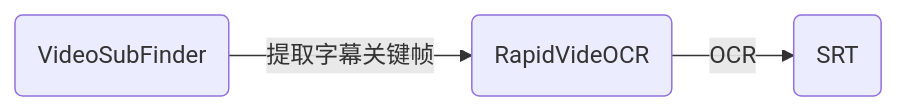
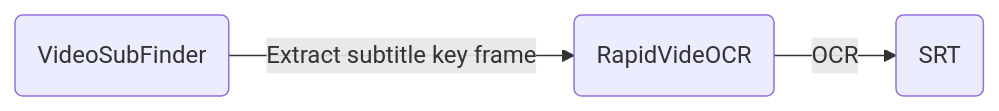
The diagram in README.md (SWHL/RapidVideOCR), drawn with Mermaid before and after one commit. The commit also changed other lines of this file and 2 other files, not shown here.

````diff
--- a/README.md
+++ b/README.md
@@ -48,4 +45,4 @@
 ```mermaid
 flowchart LR
-    A(VideoSubFinder) --提取字幕关键帧--> B(RapidVideOCR)  --OCR--> C(SRT)
+     A(VideoSubFinder) --Extract subtitle key frame--> B(RapidVideOCR) --OCR--> C(SRT)
 ```
````
